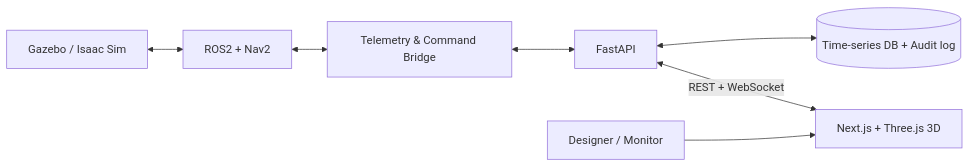
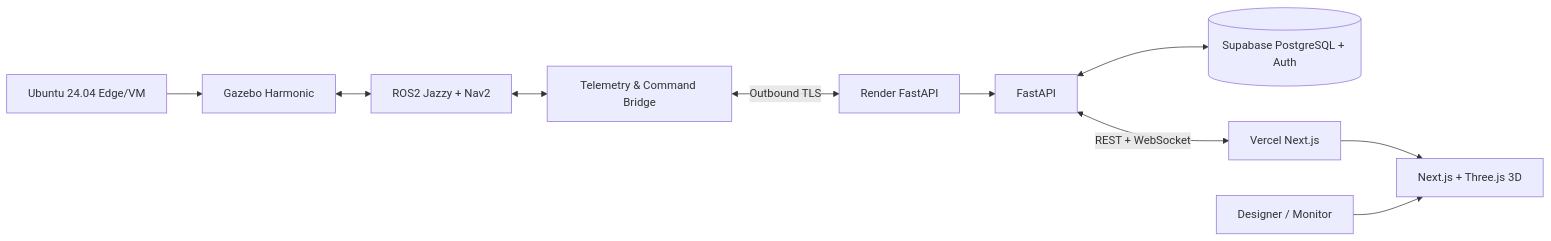
The second of 2 diagrams in docs/presentation/README.md (HoangTuBangGia/EV-Factory-Twin), drawn with Mermaid before and after one commit. The commit also changed other lines of this file and 27 other files, not shown here.

````diff
--- a/docs/presentation/README.md
+++ b/docs/presentation/README.md
@@ -58,17 +61,23 @@
 ```mermaid
 flowchart LR
-    GZ[Gazebo / Isaac Sim]
-    ROS[ROS2 + Nav2]
+    EDGE[Ubuntu 24.04 Edge/VM]
+    GZ[Gazebo Harmonic]
+    ROS[ROS2 Jazzy + Nav2]
     BRIDGE[Telemetry & Command Bridge]
     API[FastAPI]
-    DB[(Time-series DB + Audit log)]
+    DB[(Supabase PostgreSQL + Auth)]
+    RENDER[Render FastAPI]
+    VERCEL[Vercel Next.js]
     WEB[Next.js + Three.js 3D]
     REVIEW[Designer / Monitor]
 
+    EDGE --> GZ
     GZ <--> ROS
     ROS <--> BRIDGE
-    BRIDGE <--> API
+    BRIDGE <-->|Outbound TLS| RENDER
+    RENDER --> API
     API <--> DB
-    API <-->|REST + WebSocket| WEB
+    API <-->|REST + WebSocket| VERCEL
+    VERCEL --> WEB
     REVIEW --> WEB
 ```
````
